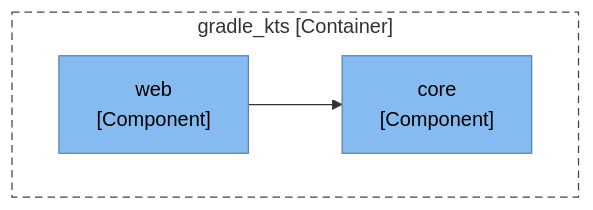
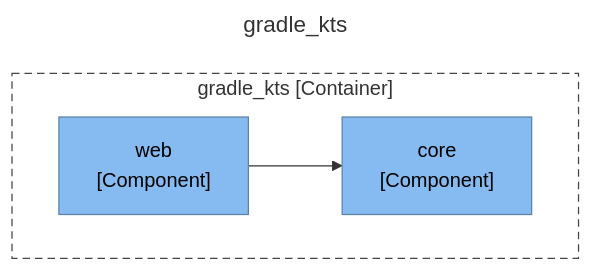
The second of 3 diagrams in tests/golden/gradle_kts/output/ArchitectureReport.md (ythalorossy/architecture-skills), drawn with Mermaid before and after one commit. The commit also changed other lines of this file and 56 other files, not shown here.

First line of the commit message:
feat(c4): title every diagram and add one Key to the report

````diff
--- a/tests/golden/gradle_kts/output/ArchitectureReport.md
+++ b/tests/golden/gradle_kts/output/ArchitectureReport.md
@@ -52,16 +66,19 @@
 ```mermaid
+---
+title: "gradle_kts"
+---
 flowchart TB
     subgraph boundary["gradle_kts [Container]"]
         core["core<br/>[Component]"]
         web["web<br/>[Component]"]
     end
     web --> core
     classDef person fill:#08427b,stroke:#052e56,color:#ffffff
     classDef container fill:#1168bd,stroke:#0b4884,color:#ffffff
     classDef system fill:#1168bd,stroke:#0b4884,color:#ffffff
     classDef component fill:#85bbf0,stroke:#5d82a8,color:#000000
     classDef external fill:#999999,stroke:#6b6b6b,color:#ffffff
     classDef shared fill:#dbe9f6,stroke:#5d82a8,color:#000000,stroke-dasharray:4 3
     class core,web component
     style boundary fill:none,stroke:#444444,stroke-dasharray:6 4
 ```
````
